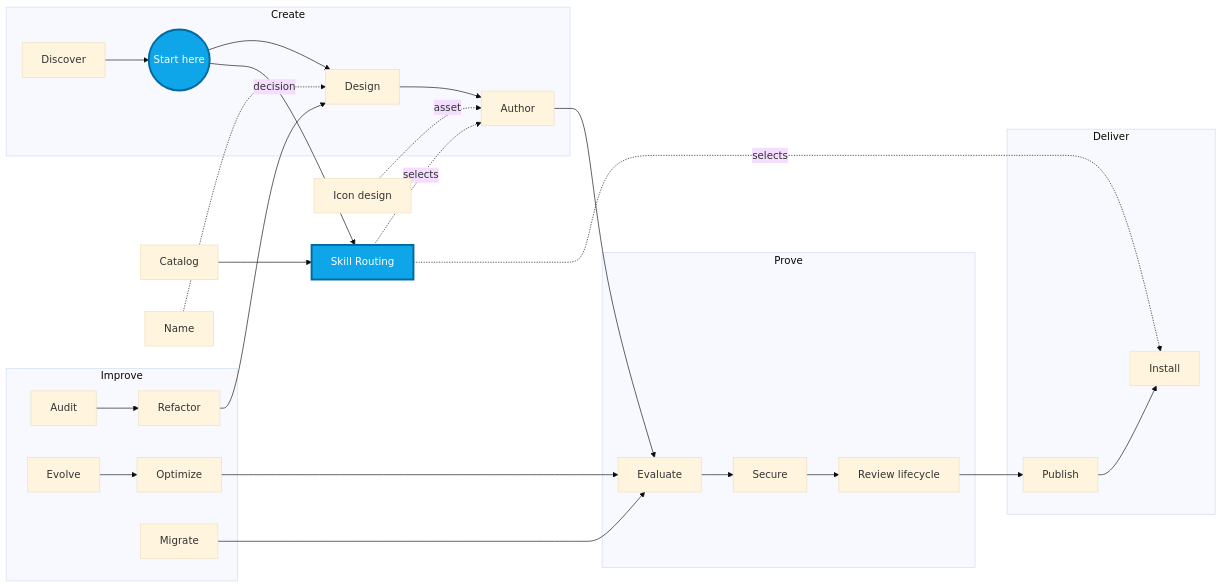
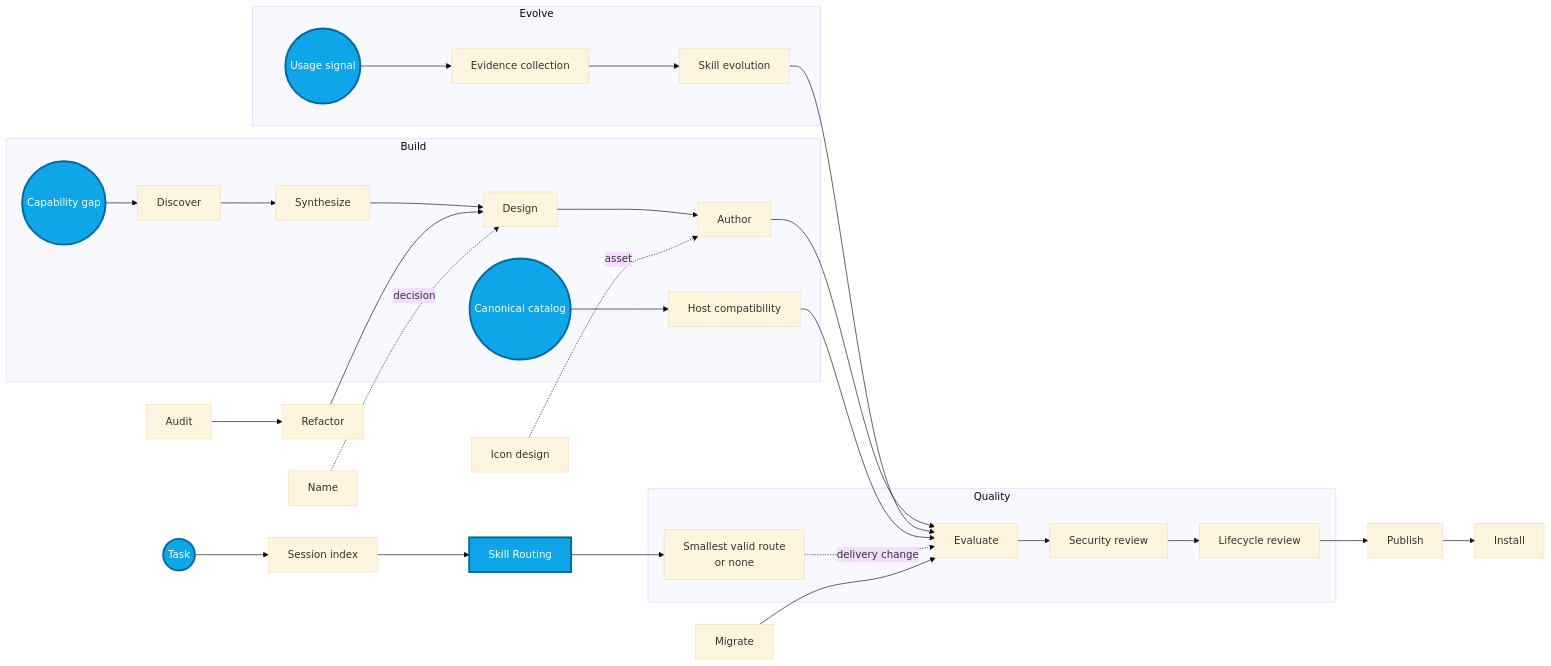
One commit to i-9-ai/skills changed the diagram in README.md. Above: the diagram before and after it, drawn with Mermaid (base theme). The commit also changed other lines of this file and 2 other files, not shown here.

Commit message:
docs: refresh skill system entry-path maps

````diff
--- a/README.md
+++ b/README.md
@@ -93,25 +93,29 @@
 ```mermaid
 flowchart LR
-    subgraph Create
-      D[Discover] --> S[Synthesize] --> G[Design] --> A[Author]
+    T((Task)) --> SI[Session index] --> R[Skill Routing]
+    R --> RT[Smallest valid route<br/>or none]
+
+    subgraph Build
+      GAP((Capability gap)) --> D[Discover] --> S[Synthesize] --> G[Design] --> A[Author]
+      C((Canonical catalog)) --> HC[Host compatibility]
     end
-    subgraph Prove
-      A --> E[Evaluate] --> Q[Secure] --> L[Review lifecycle]
+
+    subgraph Evolve
+      US((Usage signal)) --> EC[Evidence collection] --> EV[Skill evolution]
     end
-    subgraph Deliver
-      L --> P[Publish] --> I[Install]
+
+    subgraph Quality
+      A --> E[Evaluate] --> Q[Security review] --> L[Lifecycle review]
+      EV --> E
+      HC --> E
+      RT -. delivery change .-> E
     end
-    subgraph Improve
-      U[Audit] --> F[Refactor] --> G
-      X[Evolve] --> O[Optimize] --> E
-      M[Migrate] --> E
-    end
-    S((Start here)) --> R[Skill Routing]
-    C[Catalog] --> R
-    R -. selects .-> A
-    R -. selects .-> I
+
+    L --> P[Publish] --> I[Install]
+    U[Audit] --> F[Refactor] --> G
+    M[Migrate] --> E
     classDef entrypoint fill:#0ea5e9,stroke:#0369a1,color:#fff,stroke-width:3px
-    class S,R entrypoint
+    class T,R,C,GAP,US entrypoint
     N[Name] -. decision .-> G
     V[Icon design] -. asset .-> A
 ```
````
